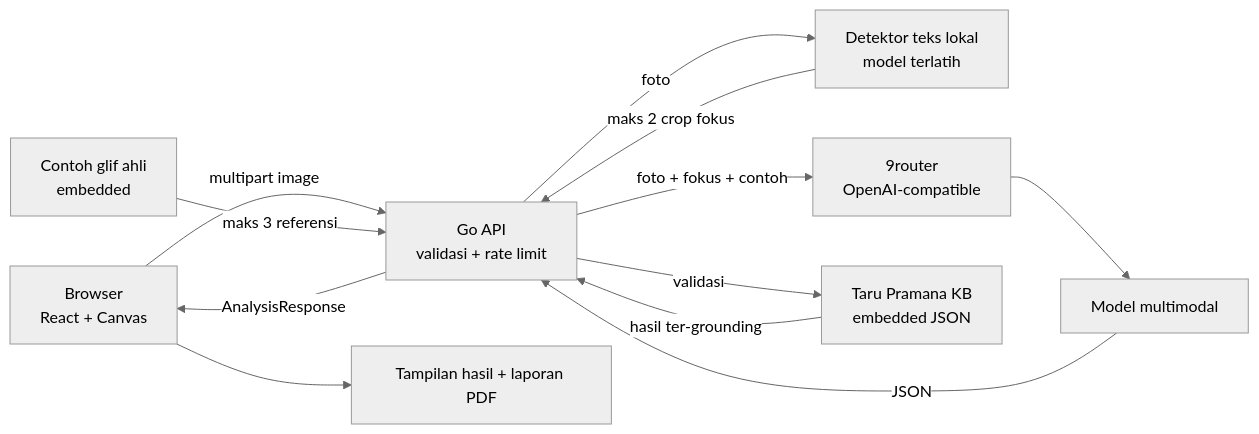
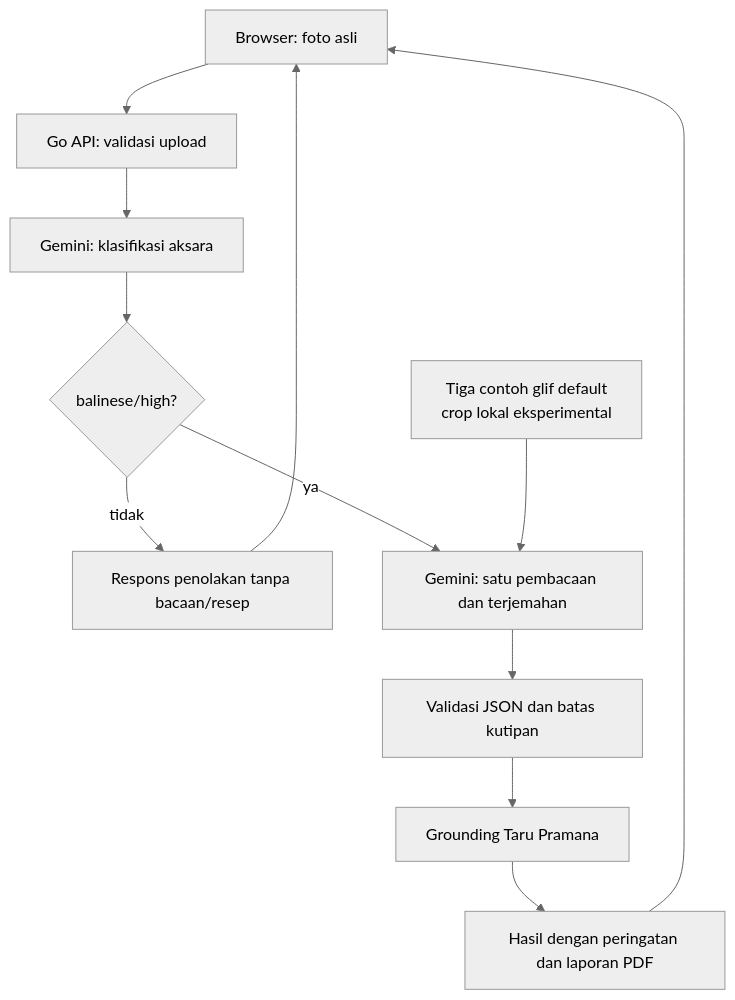
Before and after one commit to 0xMinomus/bukalontar: the diagram in README.md, drawn with Mermaid (neutral theme). The commit also changed other lines of this file and 17 other files, not shown here.

````diff
--- a/README.md
+++ b/README.md
@@ -124,14 +126,14 @@
 ```mermaid
-flowchart LR
-    U["Browser<br/>React + Canvas"] -->|multipart image| A["Go API<br/>validasi + rate limit"]
-    A -->|foto| O["Detektor teks lokal<br/>model terlatih"]
-    O -->|maks 2 crop fokus| A
-    E["Contoh glif ahli<br/>embedded"] -->|maks 3 referensi| A
-    A -->|foto + fokus + contoh| R["9router<br/>OpenAI-compatible"]
-    R --> G["Model multimodal"]
-    G -->|JSON| A
-    A -->|validasi| K["Taru Pramana KB<br/>embedded JSON"]
-    K -->|hasil ter-grounding| A
-    A -->|AnalysisResponse| U
-    U --> P["Tampilan hasil + laporan PDF"]
+flowchart TD
+    U["Browser: foto asli"] --> A["Go API: validasi upload"]
+    A --> C["Gemini: klasifikasi aksara"]
+    C --> D{"balinese/high?"}
+    D -->|tidak| N["Respons penolakan tanpa bacaan/resep"]
+    D -->|ya| R["Gemini: satu pembacaan dan terjemahan"]
+    E["Tiga contoh glif default<br/>crop lokal eksperimental"] --> R
+    R --> V["Validasi JSON dan batas kutipan"]
+    V --> K["Grounding Taru Pramana"]
+    K --> H["Hasil dengan peringatan dan laporan PDF"]
+    N --> U
+    H --> U
 ```
````
